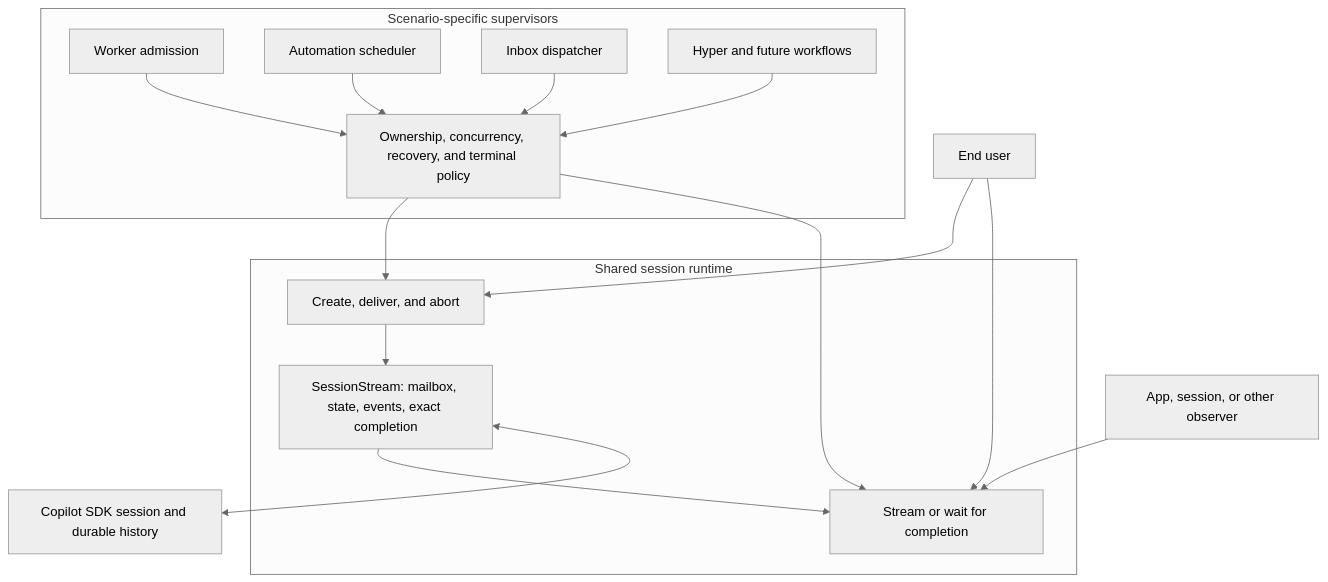
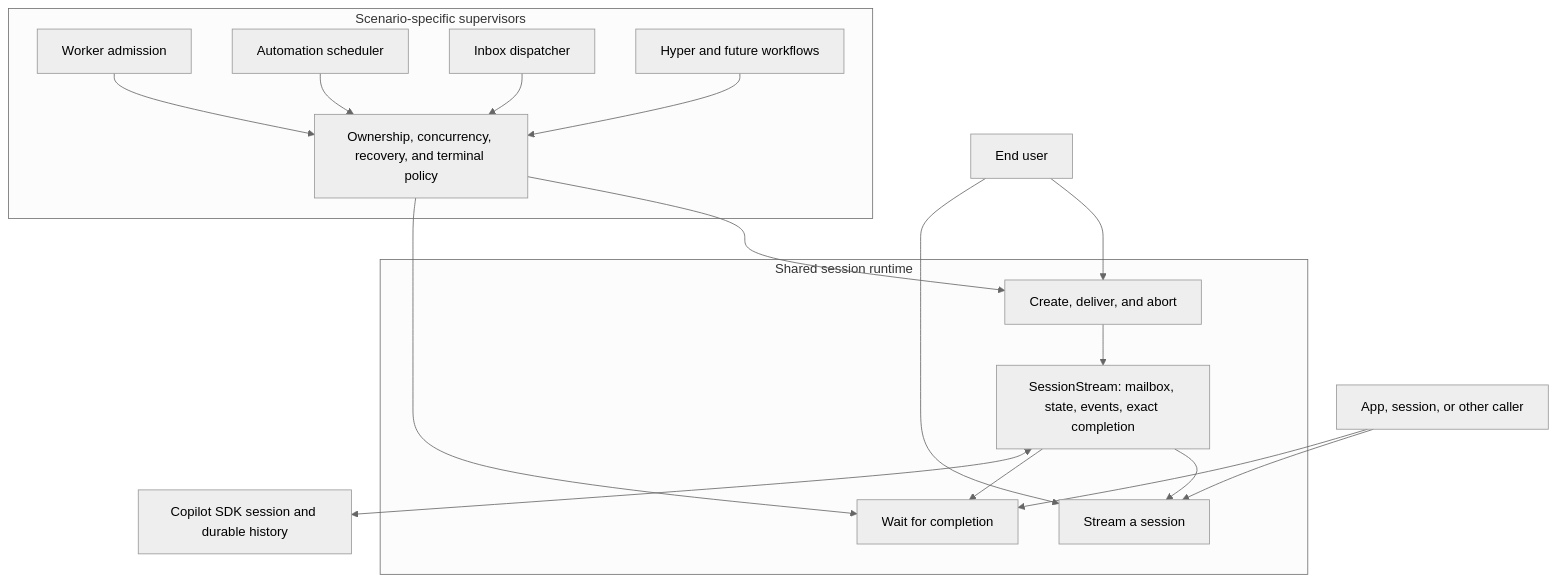
The diagram in src/functions/runtime/AGENTS.md (lostintangent/toy-box), drawn with Mermaid (neutral theme) before and after one commit. The commit also changed other lines of this file and 82 other files, not shown here.

````diff
--- a/src/functions/runtime/AGENTS.md
+++ b/src/functions/runtime/AGENTS.md
@@ -7,31 +7,34 @@
 ```mermaid
 flowchart TB
     User[End user] --> Operations
-    User --> Observation
-    Observer[App, session, or other observer] --> Observation
+    User --> Streaming
+    Caller[App, session, or other caller] --> Streaming
+    Caller --> Waiting
 
     subgraph Supervisors[Scenario-specific supervisors]
         Worker[Worker admission]
         Automation[Automation scheduler]
         Inbox[Inbox dispatcher]
         Managed[Hyper and future workflows]
         Policy[Ownership, concurrency, recovery, and terminal policy]
         Worker --> Policy
         Automation --> Policy
         Inbox --> Policy
         Managed --> Policy
     end
 
     Policy --> Operations
-    Policy --> Observation
+    Policy --> Waiting
 
     subgraph Runtime[Shared session runtime]
         Operations[Create, deliver, and abort]
-        Observation[Stream or wait for completion]
+        Streaming[Stream a session]
+        Waiting[Wait for completion]
         Process[SessionStream: mailbox, state, events, exact completion]
         Operations --> Process
-        Process --> Observation
+        Process --> Streaming
+        Process --> Waiting
     end
 
     Process <--> SDK[Copilot SDK session and durable history]
 ```
````
